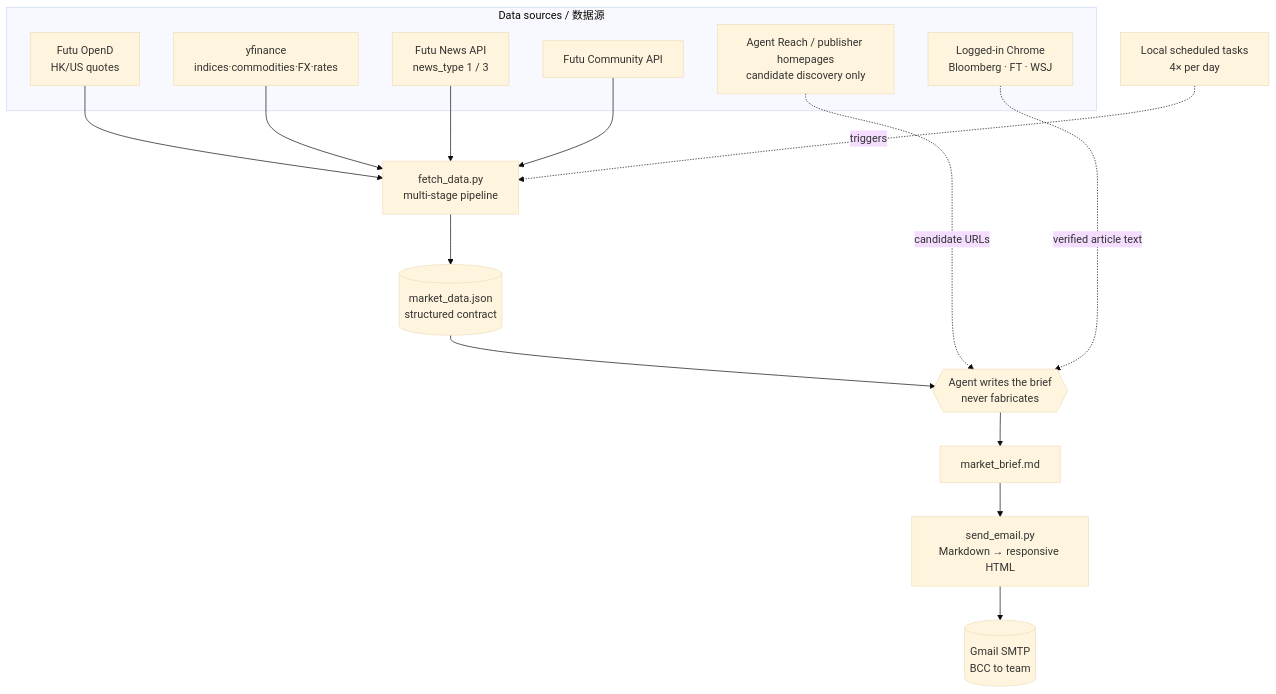
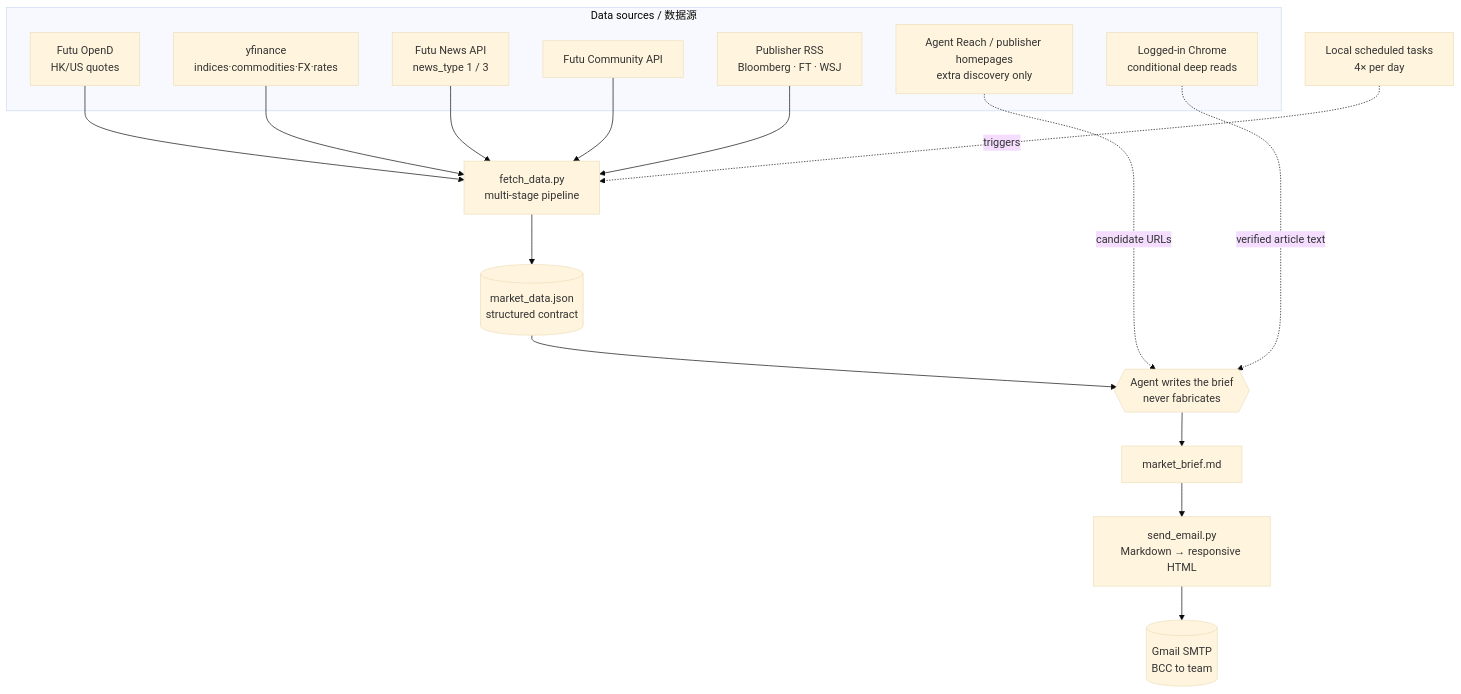
Before and after one commit to hiharryyim/market-brief: the diagram in docs/architecture.md, drawn with Mermaid (base theme). The commit also changed other lines of this file and 16 other files, not shown here.

````diff
--- a/docs/architecture.md
+++ b/docs/architecture.md
@@ -11,22 +11,23 @@
 ```mermaid
 flowchart TD
     subgraph Sources[Data sources / 数据源]
         F[Futu OpenD<br/>HK/US quotes]
         Y[yfinance<br/>indices·commodities·FX·rates]
         FN[Futu News API<br/>news_type 1 / 3]
         FC[Futu Community API]
-        D[Agent Reach / publisher homepages<br/>candidate discovery only]
-        C[Logged-in Chrome<br/>Bloomberg · FT · WSJ]
+        R[Publisher RSS<br/>Bloomberg · FT · WSJ]
+        D[Agent Reach / publisher homepages<br/>extra discovery only]
+        C[Logged-in Chrome<br/>conditional deep reads]
     end
 
-    F & Y & FN & FC --> P[fetch_data.py<br/>multi-stage pipeline]
+    F & Y & FN & FC & R --> P[fetch_data.py<br/>multi-stage pipeline]
     P --> J[(market_data.json<br/>structured contract)]
     J --> AI{{Agent writes the brief<br/>never fabricates}}
     D -.candidate URLs.-> AI
     C -.verified article text.-> AI
     AI --> MD[market_brief.md]
     MD --> S[send_email.py<br/>Markdown → responsive HTML]
     S --> Mail[(Gmail SMTP<br/>BCC to team)]
 
     Cron[Local scheduled tasks<br/>4× per day] -.triggers.-> P
 ```
````
